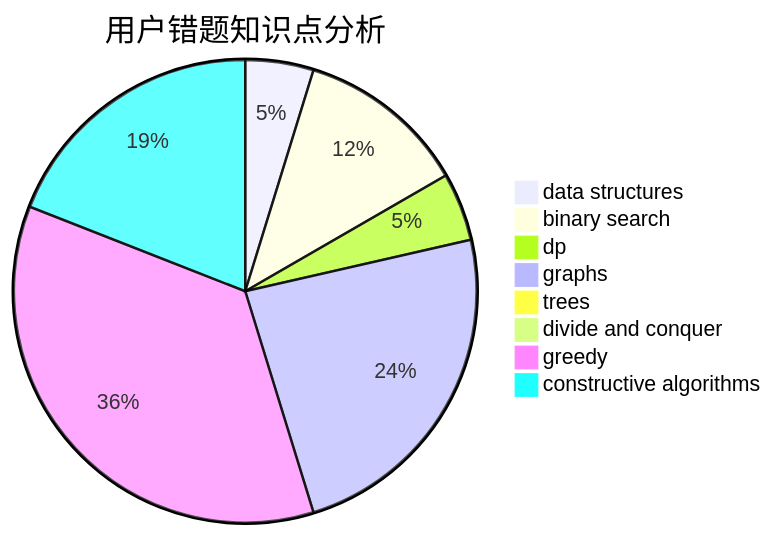
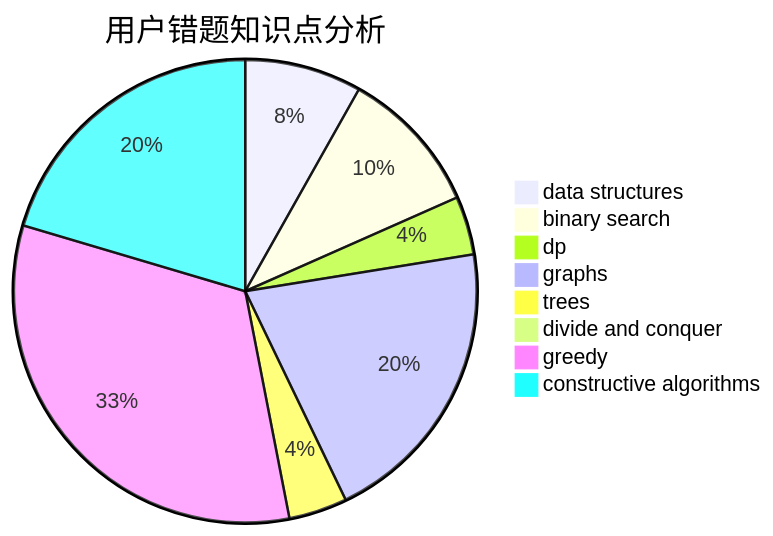
One commit to sherpahu/cfrs.github.io changed the third of 3 diagrams in docs/user/u1188.md. Above: the diagram before and after it, drawn with Mermaid. The commit also changed other lines of this file and 2770 other files, not shown here.

````diff
--- a/docs/user/u1188.md
+++ b/docs/user/u1188.md
@@ -36,11 +36,11 @@
 ```mermaid
 pie title 用户错题知识点分析
-    "data structures" :  2
+    "data structures" :  4
     "binary search" :  5
     "dp" :  2
     "graphs" :  10
-    "trees" :  0
+    "trees" :  2
     "divide and conquer" :  0
-    "greedy" :  15
-    "constructive algorithms" :  8
+    "greedy" :  16
+    "constructive algorithms" :  10
 ```
````
